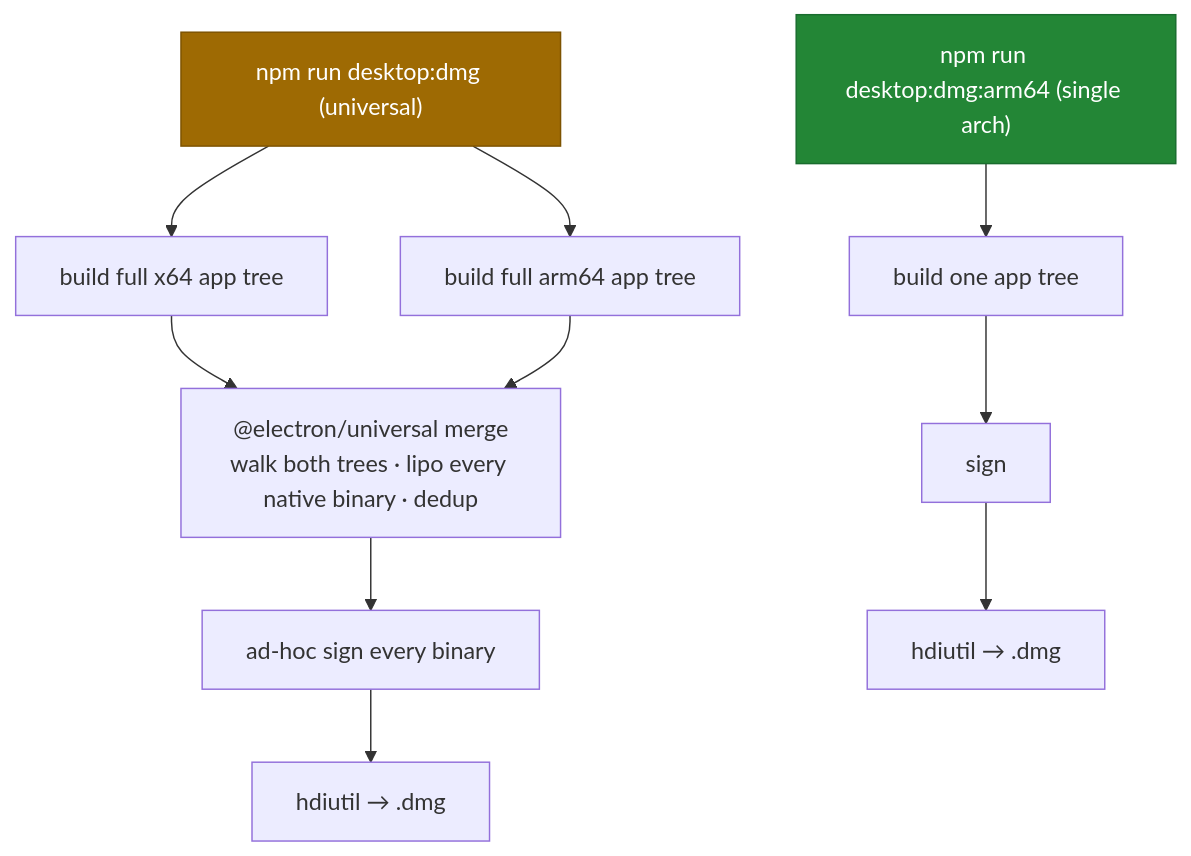
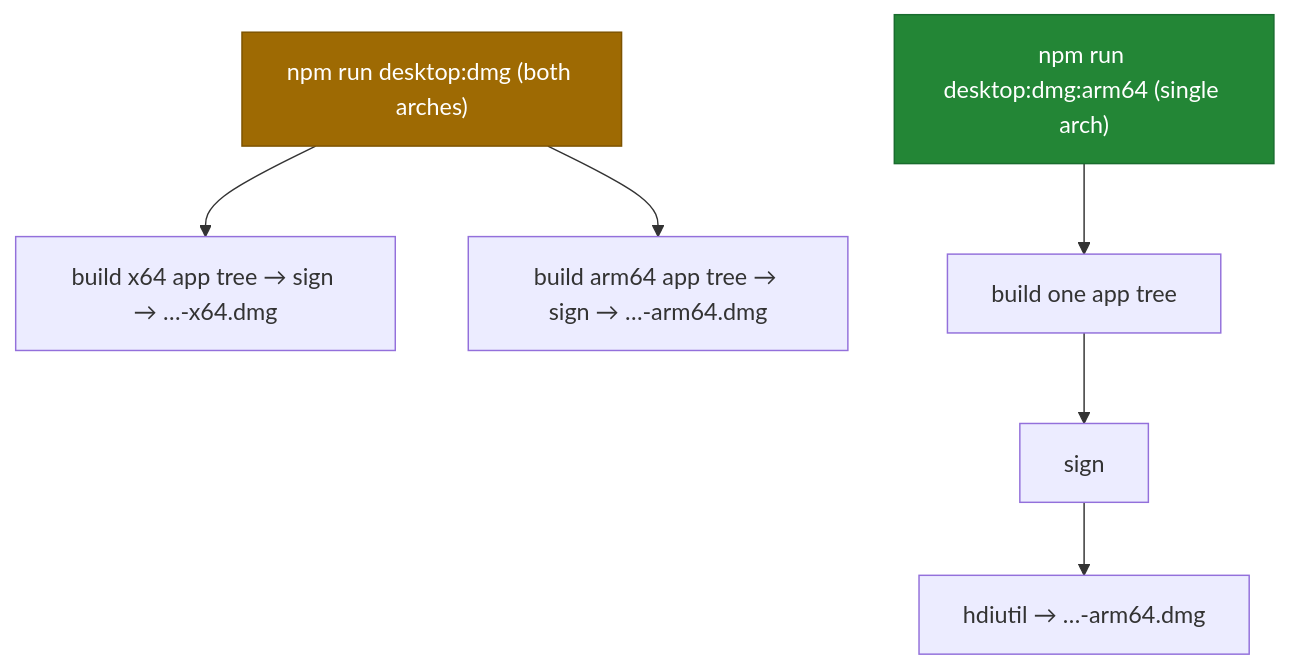
Before and after one commit to hoangsonww/Claude-Code-Agent-Monitor: diagram 11 of 14 in desktop/README.md, drawn with Mermaid. The commit also changed other lines of this file and 11 other files, not shown here.

````diff
--- a/desktop/README.md
+++ b/desktop/README.md
@@ -586,16 +588,12 @@
 ```mermaid
 flowchart TD
-    u["npm run desktop:dmg (universal)"] --> b1["build full x64 app tree"]
-    u --> b2["build full arm64 app tree"]
-    b1 --> merge["@electron/universal merge<br/>walk both trees · lipo every native binary · dedup"]
-    b2 --> merge
-    merge --> sign["ad-hoc sign every binary"]
-    sign --> dmgstep["hdiutil → .dmg"]
+    u["npm run desktop:dmg (both arches)"] --> b1["build x64 app tree → sign → …-x64.dmg"]
+    u --> b2["build arm64 app tree → sign → …-arm64.dmg"]
 
     a["npm run desktop:dmg:arm64 (single arch)"] --> sb["build one app tree"]
     sb --> ssign["sign"]
-    ssign --> sdmg["hdiutil → .dmg"]
+    ssign --> sdmg["hdiutil → …-arm64.dmg"]
 
     style u fill:#9e6a03,stroke:#7d5300,color:#fff
     style a fill:#238636,stroke:#196c2e,color:#fff
 ```
````
